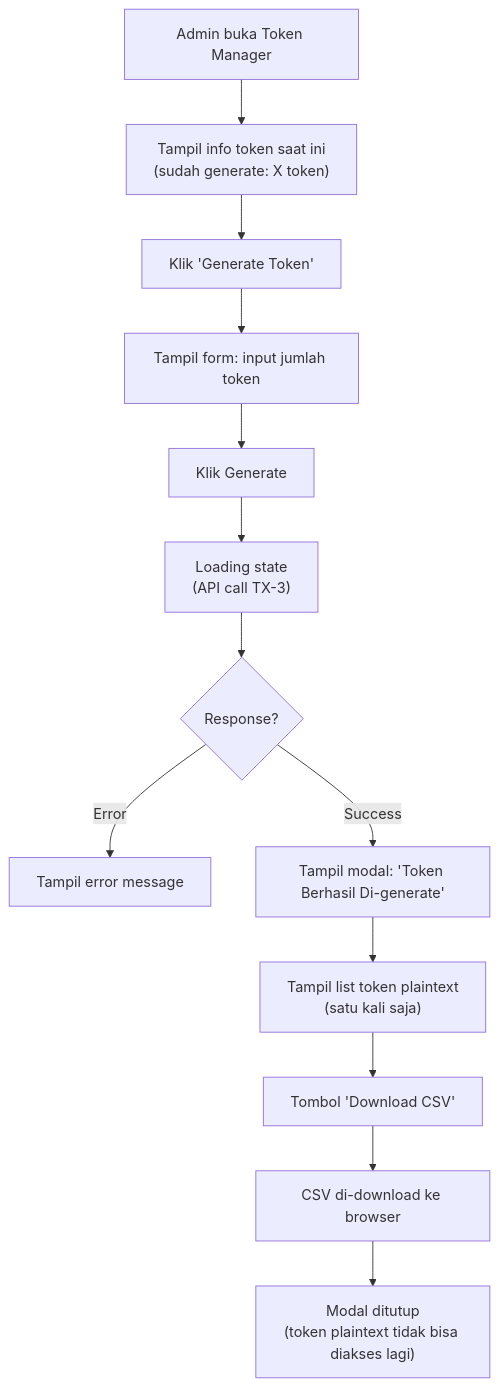
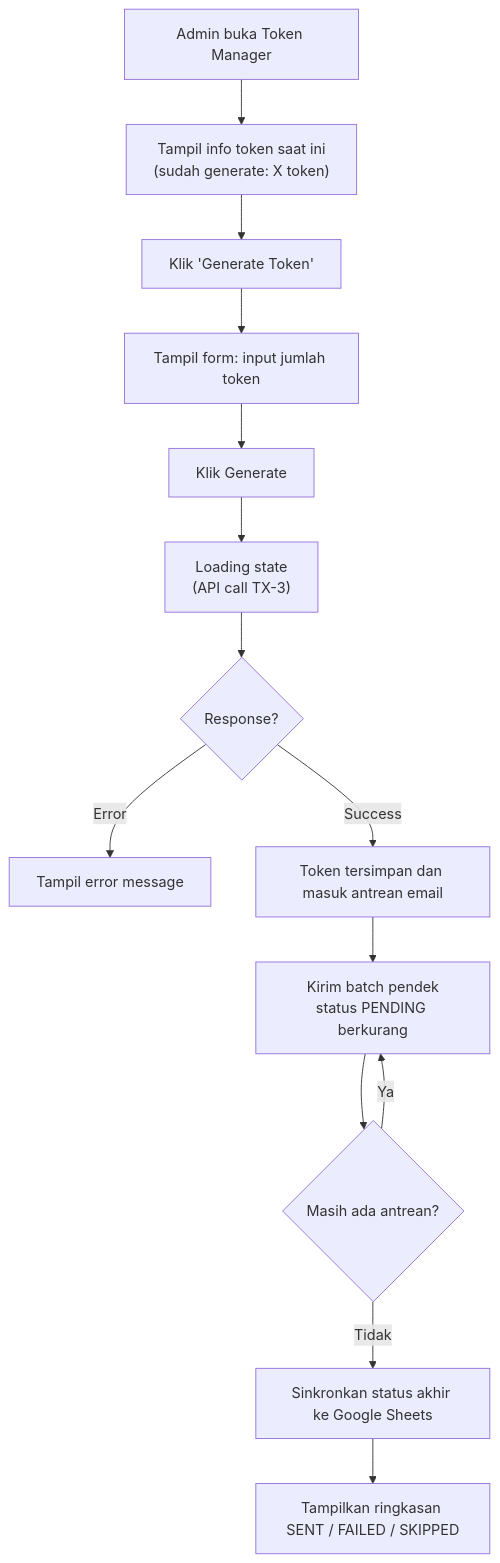
Before and after one commit to Claritys11/web-pilketos: the seventh of 9 diagrams in docs/04_UI_UX_SPECIFICATION.md, drawn with Mermaid. The commit also changed other lines of this file and 35 other files, not shown here.

````diff
--- a/docs/04_UI_UX_SPECIFICATION.md
+++ b/docs/04_UI_UX_SPECIFICATION.md
@@ -260,15 +260,16 @@
 ```mermaid
 flowchart TD
     A["Admin buka Token Manager"] --> B["Tampil info token saat ini\n(sudah generate: X token)"]
     B --> C["Klik 'Generate Token'"]
     C --> D["Tampil form: input jumlah token"]
     D --> E["Klik Generate"]
     E --> F["Loading state\n(API call TX-3)"]
     F --> G{Response?}
     G -->|Error| H["Tampil error message"]
-    G -->|Success| I["Tampil modal: 'Token Berhasil Di-generate'"]
-    I --> J["Tampil list token plaintext\n(satu kali saja)"]
-    J --> K["Tombol 'Download CSV'"]
-    K --> L["CSV di-download ke browser"]
-    L --> M["Modal ditutup\n(token plaintext tidak bisa diakses lagi)"]
+    G -->|Success| I["Token tersimpan dan masuk antrean email"]
+    I --> J["Kirim batch pendek\nstatus PENDING berkurang"]
+    J --> K{Masih ada antrean?}
+    K -->|Ya| J
+    K -->|Tidak| L["Sinkronkan status akhir ke Google Sheets"]
+    L --> M["Tampilkan ringkasan SENT / FAILED / SKIPPED"]
 ```
````
